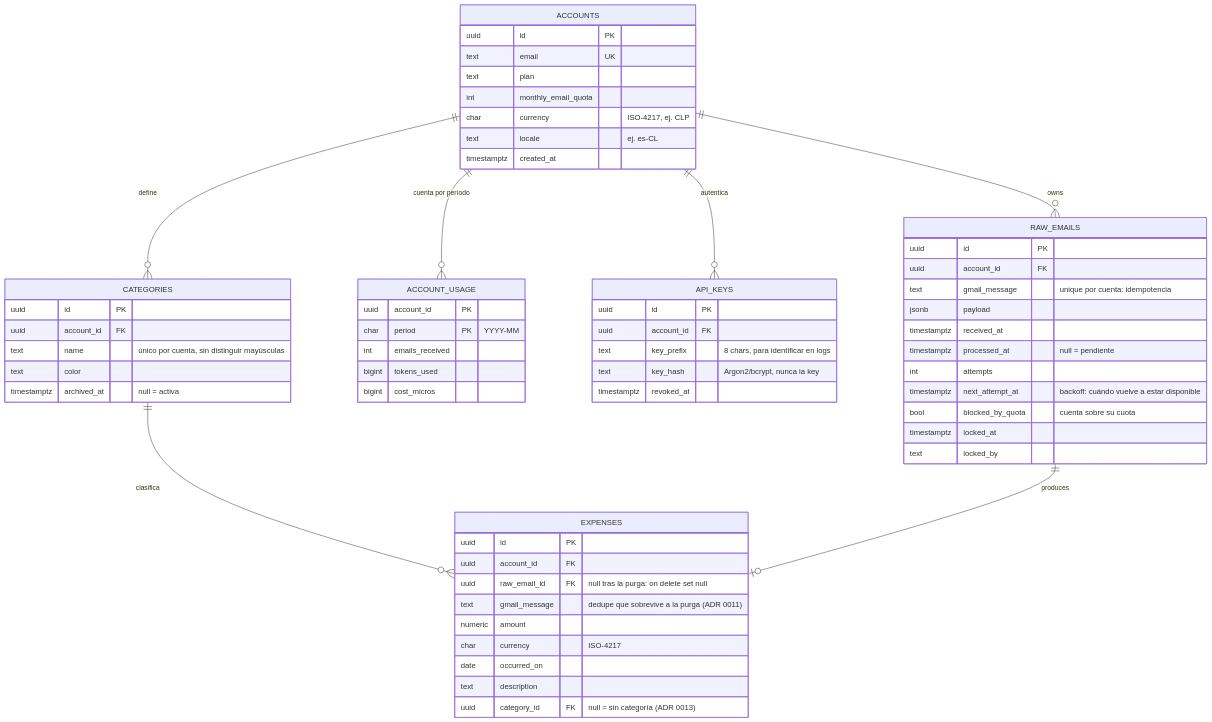
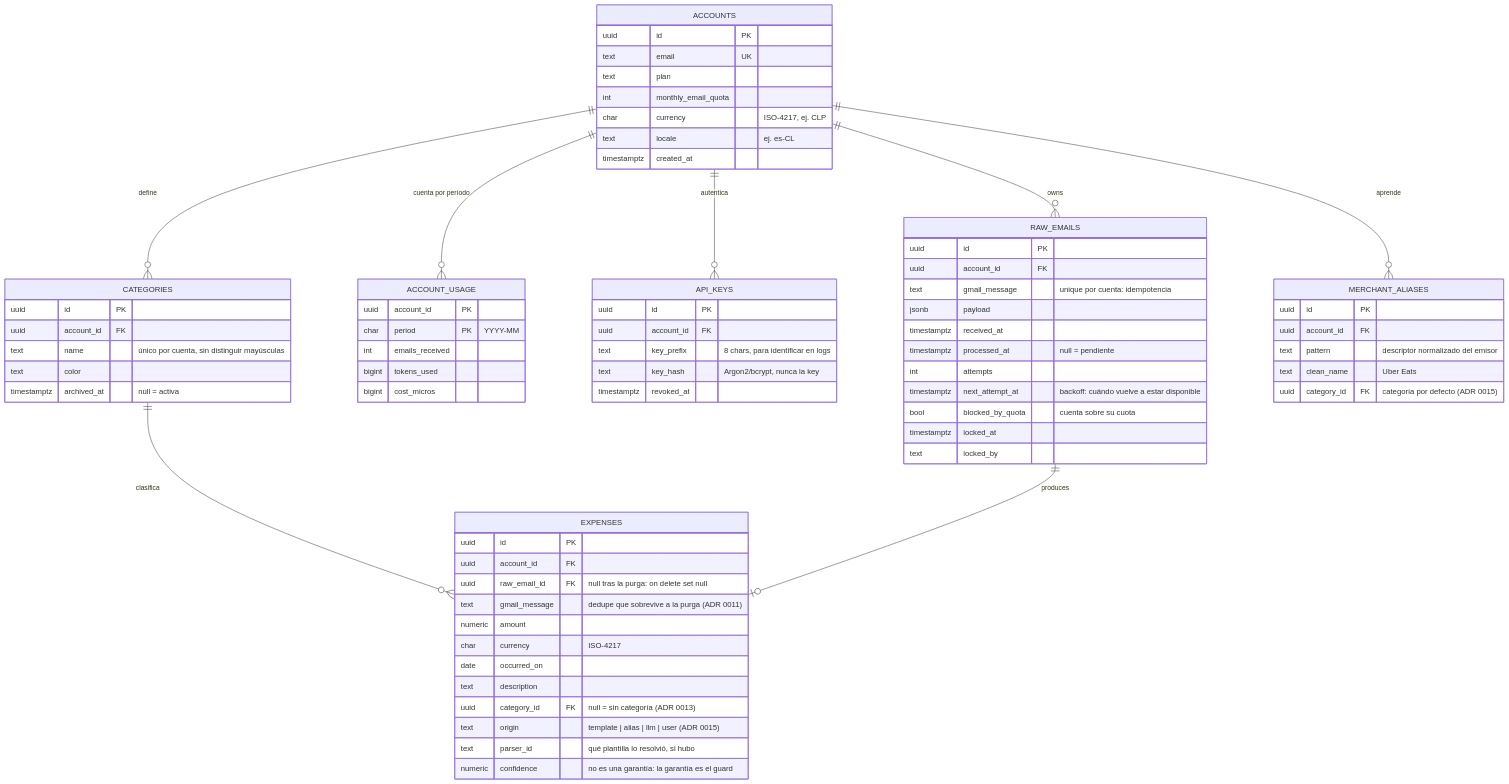
Before and after one commit to fperezlefiman/expense-tracker: the third of 3 diagrams in docs/architecture.md, drawn with Mermaid. The commit also changed other lines of this file and 7 other files, not shown here.

First line of the commit message:
docs: templates first, LLM as fallback, and a guard over the money (ADR 0014, 0015)

````diff
--- a/docs/architecture.md
+++ b/docs/architecture.md
@@ -66,64 +72,75 @@
 ```mermaid
 erDiagram
     ACCOUNTS ||--o{ RAW_EMAILS : owns
     ACCOUNTS ||--o{ ACCOUNT_USAGE : "cuenta por período"
     ACCOUNTS ||--o{ API_KEYS : "autentica"
     ACCOUNTS ||--o{ CATEGORIES : define
+    ACCOUNTS ||--o{ MERCHANT_ALIASES : aprende
     CATEGORIES ||--o{ EXPENSES : clasifica
     RAW_EMAILS ||--o| EXPENSES : produces
 
     ACCOUNTS {
         uuid id PK
         text email UK
         text plan
         int monthly_email_quota
         char currency "ISO-4217, ej. CLP"
         text locale "ej. es-CL"
         timestamptz created_at
     }
     CATEGORIES {
         uuid id PK
         uuid account_id FK
         text name "único por cuenta, sin distinguir mayúsculas"
         text color
         timestamptz archived_at "null = activa"
+    }
+    MERCHANT_ALIASES {
+        uuid id PK
+        uuid account_id FK
+        text pattern "descriptor normalizado del emisor"
+        text clean_name "Uber Eats"
+        uuid category_id FK "categoría por defecto (ADR 0015)"
     }
     RAW_EMAILS {
         uuid id PK
         uuid account_id FK
         text gmail_message "unique por cuenta: idempotencia"
         jsonb payload
         timestamptz received_at
         timestamptz processed_at "null = pendiente"
         int attempts
         timestamptz next_attempt_at "backoff: cuándo vuelve a estar disponible"
         bool blocked_by_quota "cuenta sobre su cuota"
         timestamptz locked_at
         text locked_by
     }
     EXPENSES {
         uuid id PK
         uuid account_id FK
         uuid raw_email_id FK "null tras la purga: on delete set null"
         text gmail_message "dedupe que sobrevive a la purga (ADR 0011)"
         numeric amount
         char currency "ISO-4217"
         date occurred_on
         text description
         uuid category_id FK "null = sin categoría (ADR 0013)"
+        text origin "template | alias | llm | user (ADR 0015)"
+        text parser_id "qué plantilla lo resolvió, si hubo"
+        numeric confidence "no es una garantía: la garantía es el guard"
     }
     ACCOUNT_USAGE {
         uuid account_id PK
         char period PK "YYYY-MM"
         int emails_received
         bigint tokens_used
         bigint cost_micros
     }
     API_KEYS {
         uuid id PK
         uuid account_id FK
         text key_prefix "8 chars, para identificar en logs"
         text key_hash "Argon2/bcrypt, nunca la key"
         timestamptz revoked_at
     }
 ```
````
